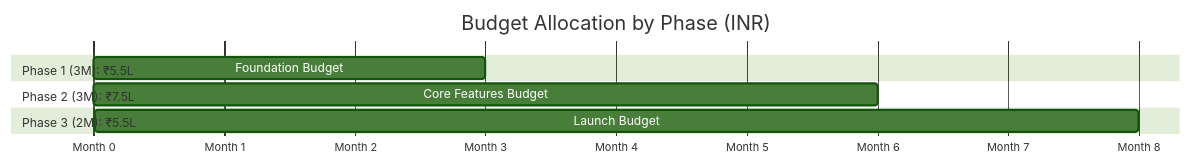
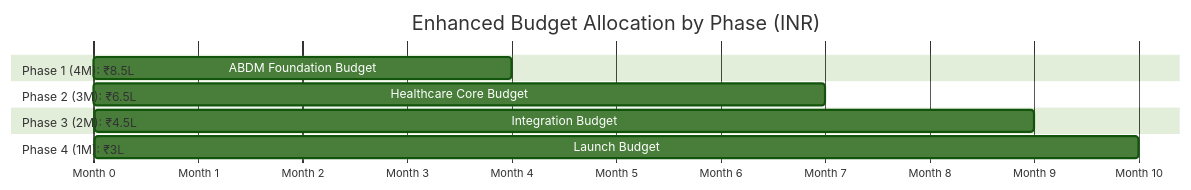
Before and after one commit to health-tech-uhi/blueprint: the eighth of 11 diagrams in 05-implementation-plan.md, drawn with Mermaid (forest theme). The commit also changed other lines of this file and 8 other files, not shown here.

````diff
--- a/05-implementation-plan.md
+++ b/05-implementation-plan.md
@@ -562,15 +669,18 @@
 ```mermaid
 gantt
-    title Budget Allocation by Phase (INR)
+    title Enhanced Budget Allocation by Phase (INR)
     dateFormat  X
     axisFormat  Month %s
     
-    section Phase 1 (3M): ₹5.5L
-    Foundation Budget    :5.5, 0, 3
+    section Phase 1 (4M): ₹8.5L
+    ABDM Foundation Budget    :8.5, 0, 4
     
-    section Phase 2 (3M): ₹7.5L
-    Core Features Budget :7.5, 3, 6
+    section Phase 2 (3M): ₹6.5L
+    Healthcare Core Budget    :6.5, 4, 7
     
-    section Phase 3 (2M): ₹5.5L
-    Launch Budget        :5.5, 6, 8
+    section Phase 3 (2M): ₹4.5L
+    Integration Budget        :4.5, 7, 9
+    
+    section Phase 4 (1M): ₹3L
+    Launch Budget            :3.0, 9, 10
 ```
````
